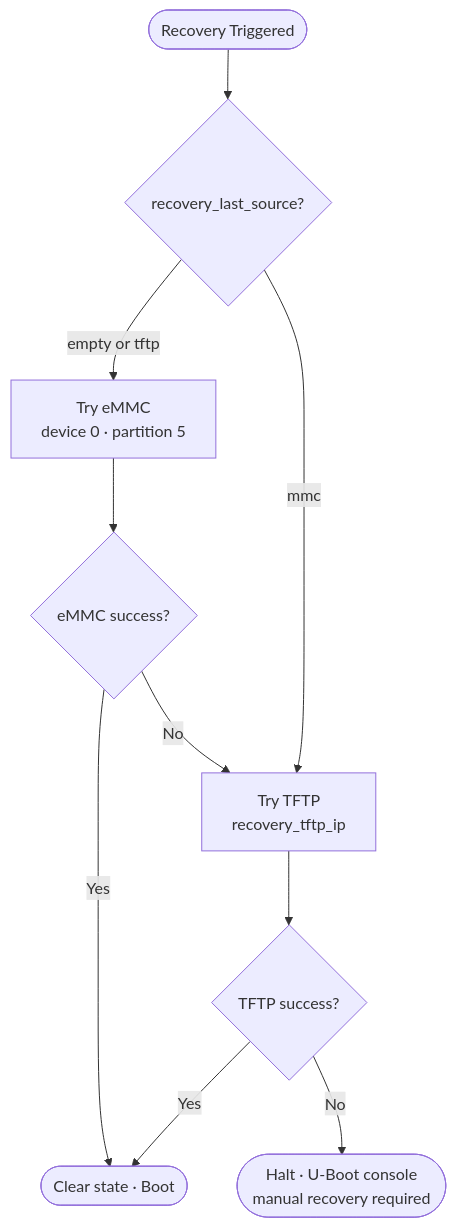
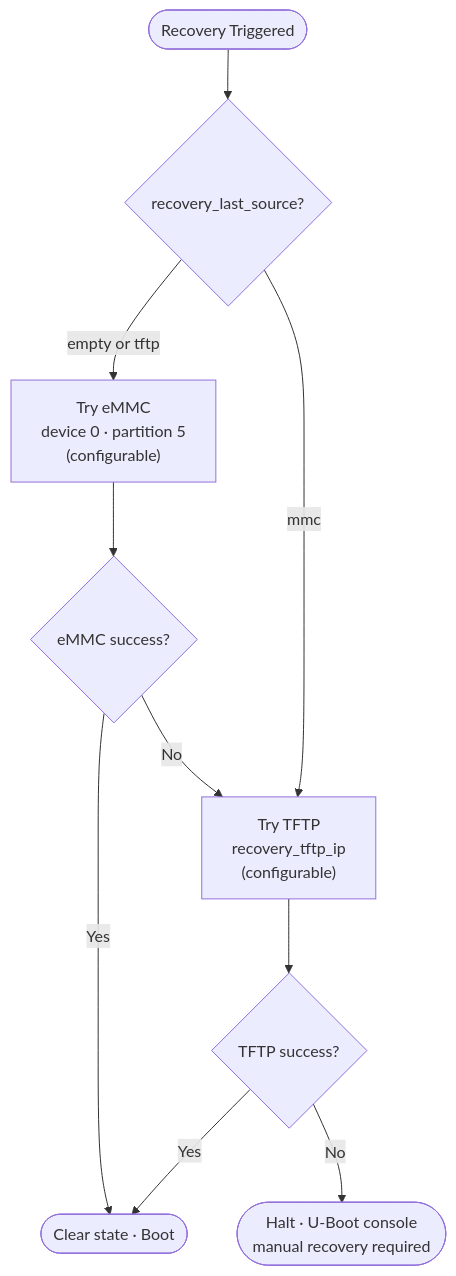
One commit to ocp-hm-openbmc-opf-ami/docs changed the second of 2 diagrams in BMC_Firmware_Auto_Recovery_OpenBMC_Design.md. Above: the diagram before and after it, drawn with Mermaid. The commit also changed other lines of this file, not shown here.

````diff
--- a/BMC_Firmware_Auto_Recovery_OpenBMC_Design.md
+++ b/BMC_Firmware_Auto_Recovery_OpenBMC_Design.md
@@ -126,15 +126,15 @@
 ```mermaid
 flowchart TD
-    A([Recovery Triggered]) --> B{recovery_last_source?}
+    A(["Recovery Triggered"]) --> B{"recovery_last_source?"}
 
-    B -- empty or tftp --> C[Try eMMC\ndevice 0 · partition 5]
-    B -- mmc --> E[Try TFTP\nrecovery_tftp_ip]
+    B -- "empty or tftp" --> C["Try eMMC<br/>device 0 · partition 5<br/>(configurable)"]
+    B -- "mmc" --> E["Try TFTP<br/>recovery_tftp_ip<br/>(configurable)"]
 
-    C --> D{eMMC success?}
-    D -- Yes --> G([Clear state · Boot])
-    D -- No  --> E
+    C --> D{"eMMC success?"}
+    D -- "Yes" --> G(["Clear state · Boot"])
+    D -- "No" --> E
 
-    E --> F{TFTP success?}
-    F -- Yes --> G
-    F -- No  --> H([Halt · U-Boot console\nmanual recovery required])
+    E --> F{"TFTP success?"}
+    F -- "Yes" --> G
+    F -- "No" --> H(["Halt · U-Boot console<br/>manual recovery required"])
 ```
````
